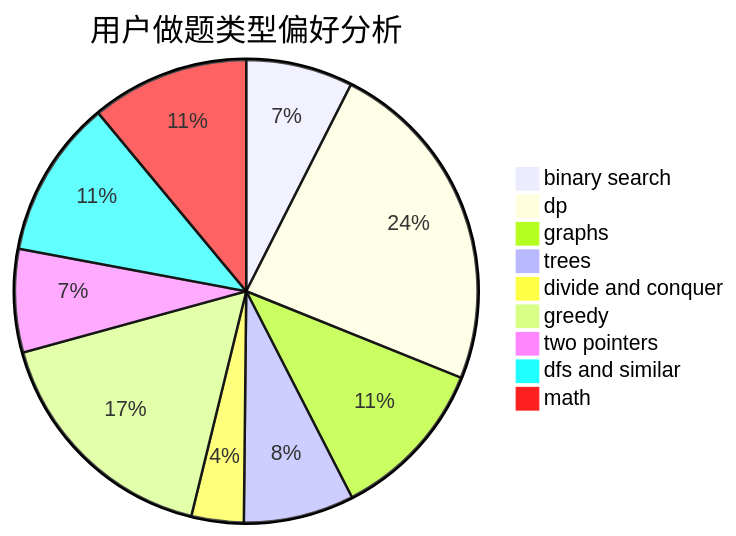
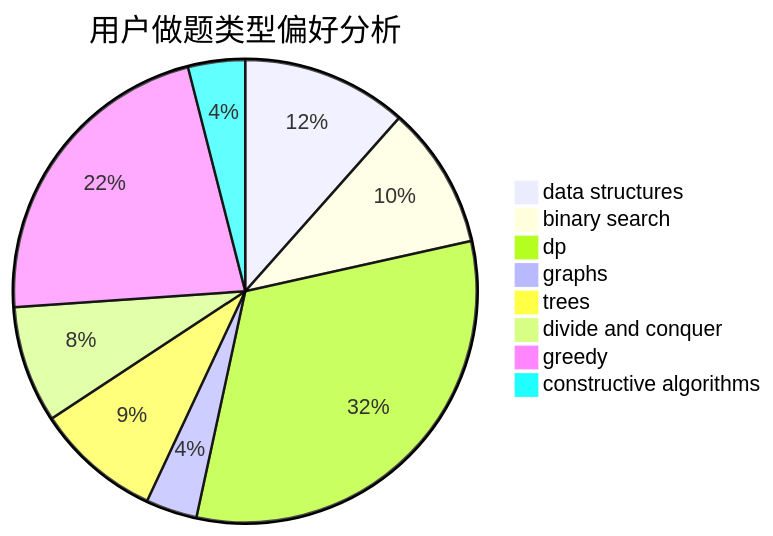
Before and after one commit to sherpahu/cfrs.github.io: the second of 3 diagrams in docs/user/u321.md, drawn with Mermaid. The commit also changed other lines of this file and 2775 other files, not shown here.

````diff
--- a/docs/user/u321.md
+++ b/docs/user/u321.md
@@ -23,12 +23,11 @@
 ```mermaid
 pie title 用户做题类型偏好分析
-    "binary search" :  90
-    "dp" :  285
-    "graphs" :  137
-    "trees" :  93
-    "divide and conquer" :  44
-    "greedy" :  204
-    "two pointers" :  87
-    "dfs and similar" :  133
-    "math" :  133
+    "data structures" :  58
+    "binary search" :  50
+    "dp" :  160
+    "graphs" :  18
+    "trees" :  44
+    "divide and conquer" :  41
+    "greedy" :  111
+    "constructive algorithms" :  20
 ```
````
